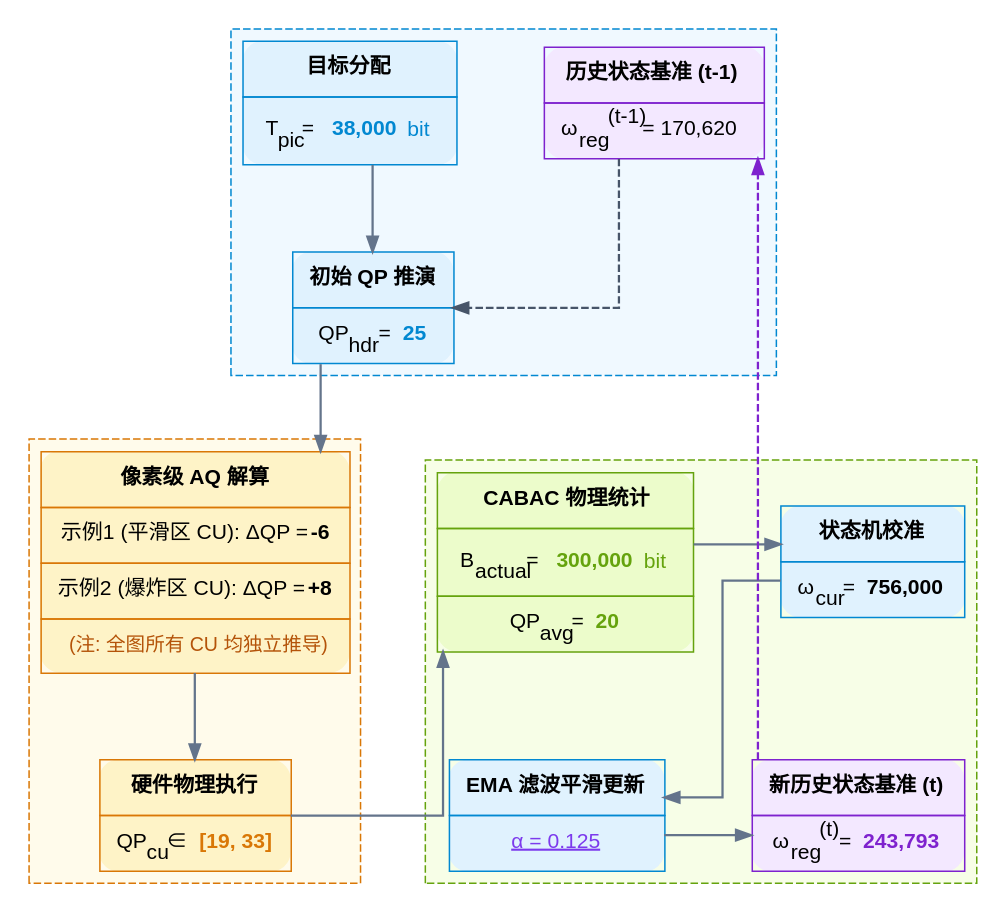
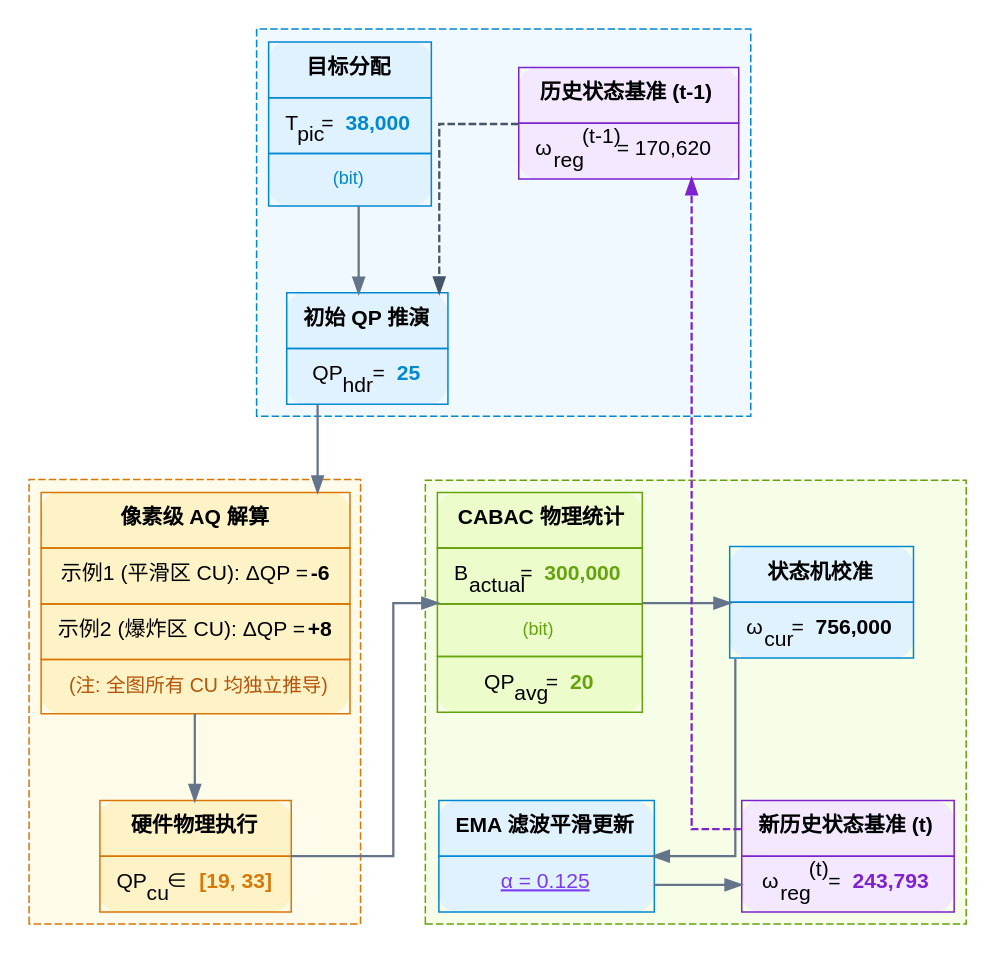
Before and after one commit to edgerzou-stack/rdo-architecture: the diagram in graph.dot, drawn with Graphviz. The commit also changed 2 other files, not shown here.

Commit message:
fix(ui): use vertical stacking for units to completely avoid Graphviz font metric miscalculations and overlap bugs

```diff
--- a/graph.dot
+++ b/graph.dot
@@ -1,116 +1,106 @@
 digraph G {
     fontname="sans-serif";
     node [fontname="sans-serif", shape=none, margin=0];
     edge [fontname="sans-serif", color="#64748b", penwidth=1.5];
     rankdir=TB;
     splines=ortho;
     nodesep=0.8;
     ranksep=0.8;
 
     subgraph cluster_sw {
         style=dashed; color="#0288d1"; bgcolor="#f0f9ff";
 
         State1 [URL="#section-6", target="_parent", label=<
             <TABLE BORDER="0" CELLBORDER="1" CELLSPACING="0" CELLPADDING="10" COLOR="#7e22ce" BGCOLOR="#f3e8ff" STYLE="ROUNDED">
                 <TR><TD><B>历史状态基准 (t-1)</B></TD></TR>
                 <TR><TD>ω<SUB>reg</SUB><SUP>(t-1)</SUP> = 170,620</TD></TR>
             </TABLE>
         >];
         
         S1 [URL="#section-2", target="_parent", label=<
             <TABLE BORDER="0" CELLBORDER="1" CELLSPACING="0" CELLPADDING="10" COLOR="#0288d1" BGCOLOR="#e0f2fe" STYLE="ROUNDED">
                 <TR><TD><B>目标分配</B></TD></TR>
-                <TR><TD>
-                    <TABLE BORDER="0" CELLPADDING="0" CELLSPACING="4"><TR>
-                        <TD>T<SUB>pic</SUB> = </TD>
-                        <TD><FONT COLOR="#0288d1"><B>38,000</B></FONT></TD>
-                        <TD><FONT COLOR="#0288d1">bit</FONT></TD>
-                    </TR></TABLE>
-                </TD></TR>
+                <TR><TD>T<SUB>pic</SUB> = <FONT COLOR="#0288d1"><B>38,000</B></FONT></TD></TR>
+                <TR><TD><FONT COLOR="#0288d1" POINT-SIZE="12">(bit)</FONT></TD></TR>
             </TABLE>
         >];
         
         S2 [URL="#section-5", target="_parent", label=<
             <TABLE BORDER="0" CELLBORDER="1" CELLSPACING="0" CELLPADDING="10" COLOR="#0288d1" BGCOLOR="#e0f2fe" STYLE="ROUNDED">
                 <TR><TD><B>初始 QP 推演</B></TD></TR>
                 <TR><TD>QP<SUB>hdr</SUB> = <FONT COLOR="#0288d1"><B>25</B></FONT></TD></TR>
             </TABLE>
         >];
 
         { rank=same; State1; S1; }
         S1 -> S2;
         State1 -> S2 [style=dashed, color="#475569"];
     }
 
     subgraph cluster_hw {
         style=dashed; color="#d97706"; bgcolor="#fffbeb";
 
         S3 [URL="#section-7", target="_parent", label=<
             <TABLE BORDER="0" CELLBORDER="1" CELLSPACING="0" CELLPADDING="10" COLOR="#d97706" BGCOLOR="#fef3c7" STYLE="ROUNDED">
                 <TR><TD><B>像素级 AQ 解算</B></TD></TR>
                 <TR><TD>示例1 (平滑区 CU): ΔQP = <B>-6</B></TD></TR>
                 <TR><TD>示例2 (爆炸区 CU): ΔQP = <B>+8</B></TD></TR>
                 <TR><TD><FONT COLOR="#b45309" POINT-SIZE="13">(注: 全图所有 CU 均独立推导)</FONT></TD></TR>
             </TABLE>
         >];
         
         S4 [URL="#section-hw-rdo", target="_parent", label=<
             <TABLE BORDER="0" CELLBORDER="1" CELLSPACING="0" CELLPADDING="10" COLOR="#d97706" BGCOLOR="#fef3c7" STYLE="ROUNDED">
                 <TR><TD><B>硬件物理执行</B></TD></TR>
                 <TR><TD>QP<SUB>cu</SUB> ∈ <FONT COLOR="#d97706"><B>[19, 33]</B></FONT></TD></TR>
             </TABLE>
         >];
 
         S3 -> S4;
     }
 
     subgraph cluster_fb {
         style=dashed; color="#65a30d"; bgcolor="#f7fee7";
 
         OutCABAC [URL="#section-hw-rdo", target="_parent", label=<
             <TABLE BORDER="0" CELLBORDER="1" CELLSPACING="0" CELLPADDING="10" COLOR="#65a30d" BGCOLOR="#ecfccb" STYLE="ROUNDED">
                 <TR><TD><B>CABAC 物理统计</B></TD></TR>
-                <TR><TD>
-                    <TABLE BORDER="0" CELLPADDING="0" CELLSPACING="4"><TR>
-                        <TD>B<SUB>actual</SUB> = </TD>
-                        <TD><FONT COLOR="#65a30d"><B>300,000</B></FONT></TD>
-                        <TD><FONT COLOR="#65a30d">bit</FONT></TD>
-                    </TR></TABLE>
-                </TD></TR>
+                <TR><TD>B<SUB>actual</SUB> = <FONT COLOR="#65a30d"><B>300,000</B></FONT></TD></TR>
+                <TR><TD><FONT COLOR="#65a30d" POINT-SIZE="12">(bit)</FONT></TD></TR>
                 <TR><TD>QP<SUB>avg</SUB> = <FONT COLOR="#65a30d"><B>20</B></FONT></TD></TR>
             </TABLE>
         >];
         
         S5 [URL="#section-9", target="_parent", label=<
             <TABLE BORDER="0" CELLBORDER="1" CELLSPACING="0" CELLPADDING="10" COLOR="#0288d1" BGCOLOR="#e0f2fe" STYLE="ROUNDED">
                 <TR><TD><B>状态机校准</B></TD></TR>
                 <TR><TD>ω<SUB>cur</SUB> = <B>756,000</B></TD></TR>
             </TABLE>
         >];
         
         EMA [URL="#param-alpha", target="_parent", label=<
             <TABLE BORDER="0" CELLBORDER="1" CELLSPACING="0" CELLPADDING="10" COLOR="#0288d1" BGCOLOR="#e0f2fe" STYLE="ROUNDED">
                 <TR><TD><B>EMA 滤波平滑更新</B></TD></TR>
                 <TR><TD><FONT COLOR="#7c3aed"><U>α = 0.125</U></FONT></TD></TR>
             </TABLE>
         >];
         
         State2 [URL="#section-10", target="_parent", label=<
             <TABLE BORDER="0" CELLBORDER="1" CELLSPACING="0" CELLPADDING="10" COLOR="#7e22ce" BGCOLOR="#f3e8ff" STYLE="ROUNDED">
                 <TR><TD><B>新历史状态基准 (t)</B></TD></TR>
                 <TR><TD>ω<SUB>reg</SUB><SUP>(t)</SUP> = <FONT COLOR="#7e22ce"><B>243,793</B></FONT></TD></TR>
             </TABLE>
         >];
 
         { rank=same; OutCABAC; S5; }
         { rank=same; EMA; State2; }
         OutCABAC -> S5;
         S5 -> EMA;
         EMA -> State2;
     }
 
     S2 -> S3;
     S2 -> OutCABAC [style=invis];
     S4 -> OutCABAC [constraint=false];
     State2 -> State1 [style=dashed, color="#7e22ce", constraint=false];
 }
```
